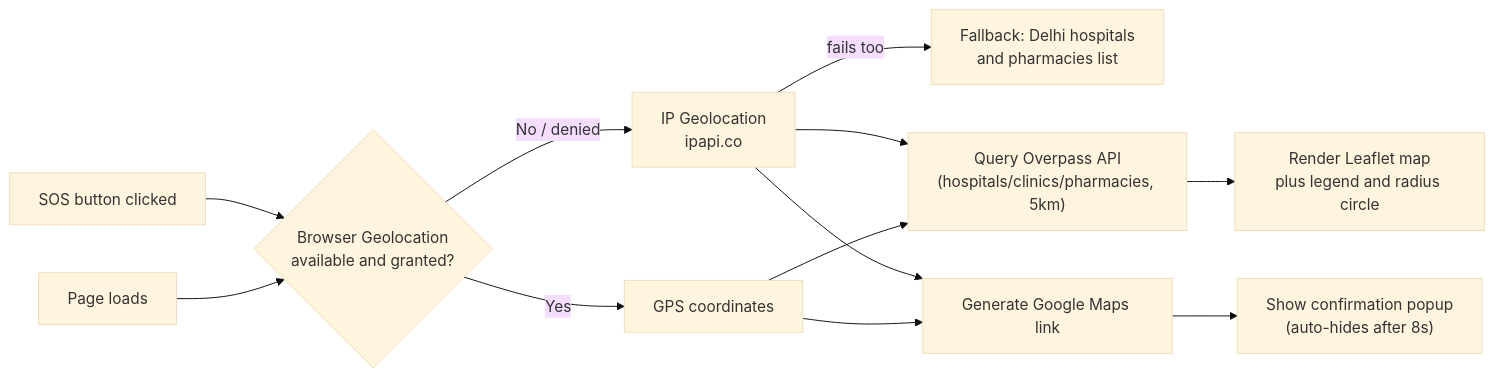
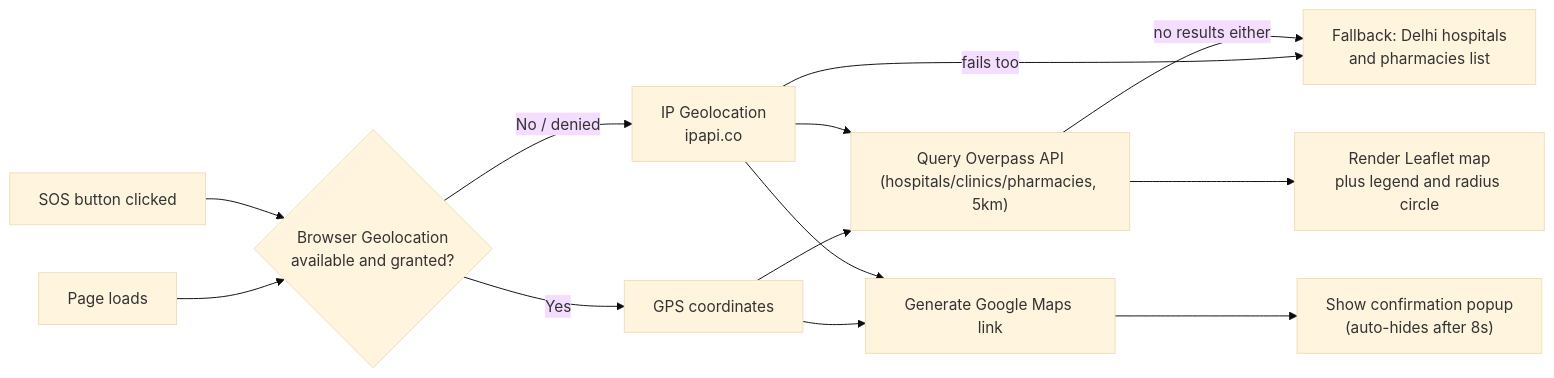
The fourth of 5 diagrams in README.md (coffeecookey/mediMate), drawn with Mermaid (base theme) before and after one commit. The commit also changed other lines of this file, not shown here.

````diff
--- a/README.md
+++ b/README.md
@@ -166,15 +171,16 @@
 ```mermaid
 flowchart LR
     A[Page loads] --> B{Browser Geolocation<br/>available and granted?}
     B -->|Yes| C["GPS coordinates"]
     B -->|No / denied| D["IP Geolocation<br/>ipapi.co"]
     D -->|fails too| E["Fallback: Delhi hospitals<br/>and pharmacies list"]
     C --> F["Query Overpass API<br/>(hospitals/clinics/pharmacies, 5km)"]
     D --> F
+    F -->|no results either| E
     F --> G["Render Leaflet map<br/>plus legend and radius circle"]
 
     H["SOS button clicked"] --> B
     C --> I["Generate Google Maps link"]
     D --> I
     I --> J["Show confirmation popup<br/>(auto-hides after 8s)"]
 ```
````
